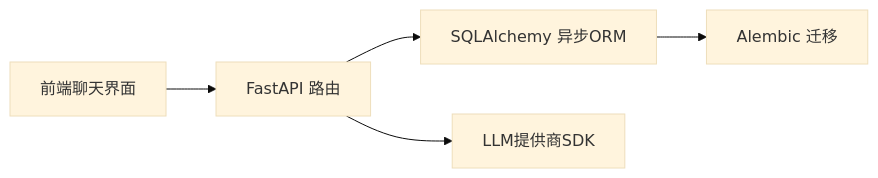
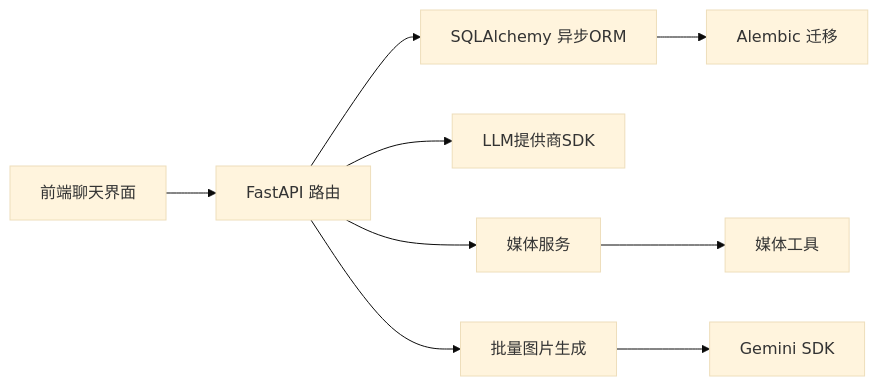
The eighth of 8 diagrams in .qoder/repowiki/zh/content/后端开发指南/API路由系统/聊天交互API.md (KunLabAI/KunFlix), drawn with Mermaid (base theme) before and after one commit. The commit also changed other lines of this file and 25 other files, not shown here.

````diff
--- a/.qoder/repowiki/zh/content/后端开发指南/API路由系统/聊天交互API.md
+++ b/.qoder/repowiki/zh/content/后端开发指南/API路由系统/聊天交互API.md
@@ -281,7 +385,11 @@
 ```mermaid
 graph LR
 FE["前端聊天界面"] --> API["FastAPI 路由"]
 API --> DB["SQLAlchemy 异步ORM"]
 API --> LLM["LLM提供商SDK"]
+API --> Media["媒体服务"]
+API --> BatchGen["批量图片生成"]
 DB --> MIG["Alembic 迁移"]
+Media --> Utils["媒体工具"]
+BatchGen --> Gemini["Gemini SDK"]
 ```
````
